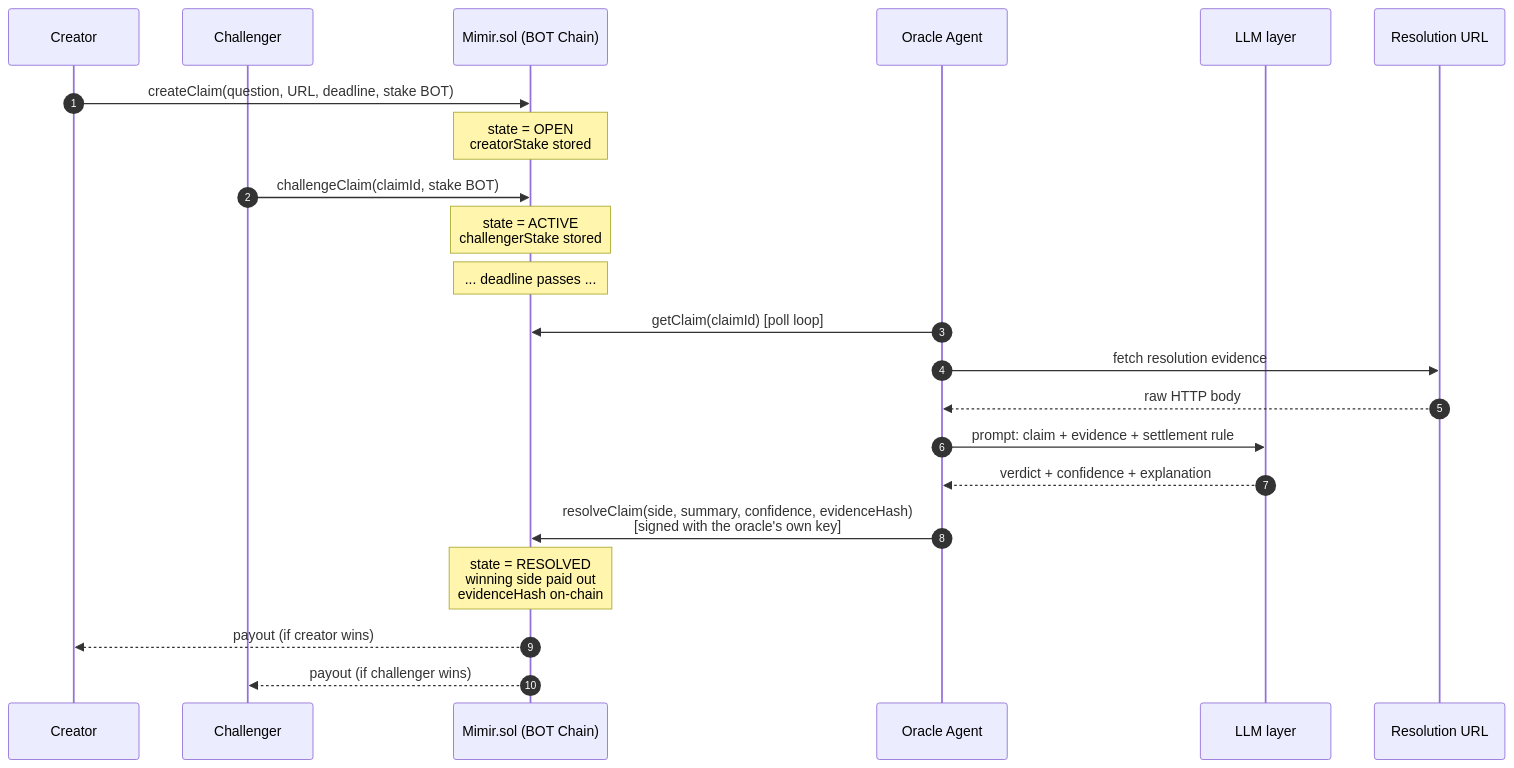
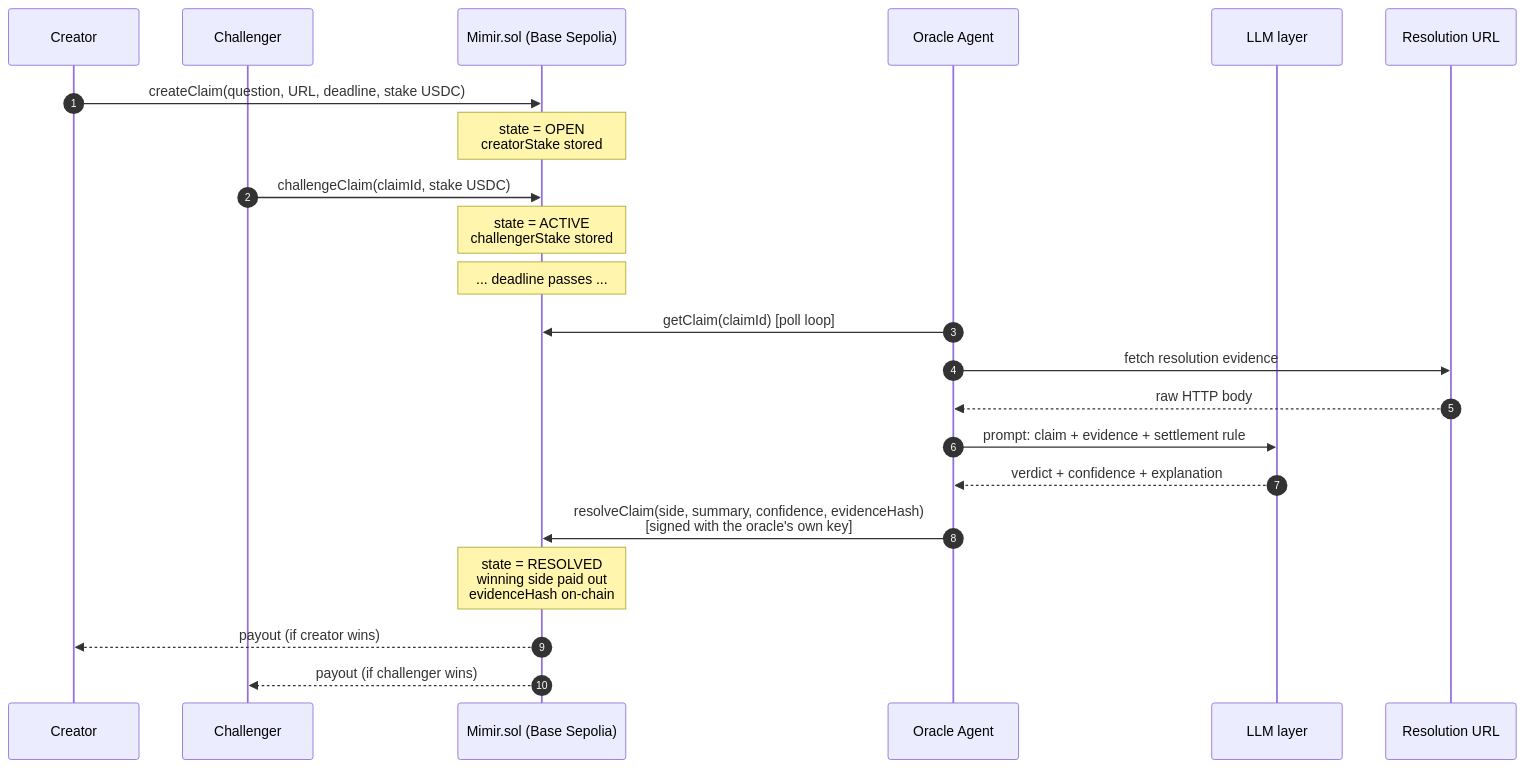
One commit to enliven17/mimir-base changed the fourth of 11 diagrams in README.md. Above: the diagram before and after it, drawn with Mermaid. The commit also changed other lines of this file and 3 other files, not shown here.

First line of the commit message:
docs(readme): Base/USDC/x402 rewrite; fix build under the new stack

````diff
--- a/README.md
+++ b/README.md
@@ -180,29 +197,29 @@
 ```mermaid
 sequenceDiagram
     autonumber
     participant Creator
     participant Challenger
-    participant Contract as Mimir.sol (BOT Chain)
+    participant Contract as Mimir.sol (Base Sepolia)
     participant Oracle as Oracle Agent
     participant LLM as LLM layer
     participant Source as Resolution URL
 
-    Creator->>Contract: createClaim(question, URL, deadline, stake BOT)
+    Creator->>Contract: createClaim(question, URL, deadline, stake USDC)
     Note over Contract: state = OPEN<br/>creatorStake stored
-    Challenger->>Contract: challengeClaim(claimId, stake BOT)
+    Challenger->>Contract: challengeClaim(claimId, stake USDC)
     Note over Contract: state = ACTIVE<br/>challengerStake stored
 
     Note over Contract: ... deadline passes ...
 
     Oracle->>Contract: getClaim(claimId) [poll loop]
     Oracle->>Source: fetch resolution evidence
     Source-->>Oracle: raw HTTP body
     Oracle->>LLM: prompt: claim + evidence + settlement rule
     LLM-->>Oracle: verdict + confidence + explanation
 
     Oracle->>Contract: resolveClaim(side, summary, confidence, evidenceHash)<br/>[signed with the oracle's own key]
 
     Note over Contract: state = RESOLVED<br/>winning side paid out<br/>evidenceHash on-chain
     Contract-->>Creator: payout (if creator wins)
     Contract-->>Challenger: payout (if challenger wins)
 ```
````
